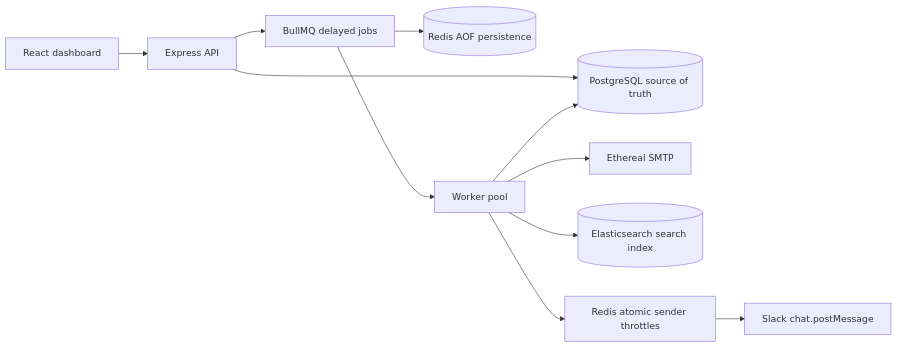
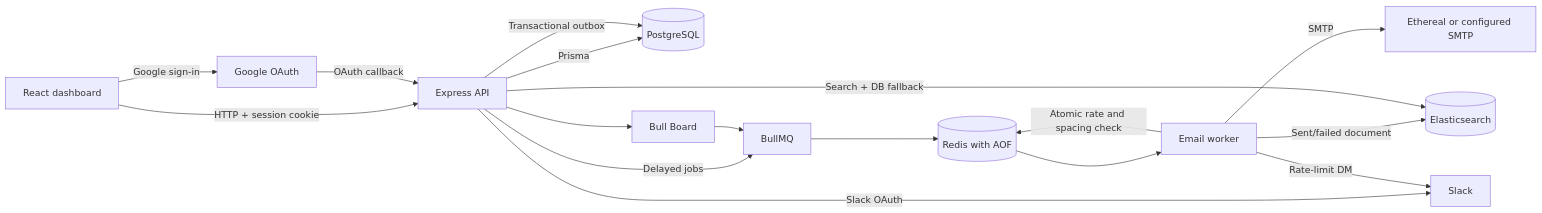
The diagram in README.md (namanmahajan2020/reachinbox-email-scheduler), drawn with Mermaid before and after one commit. The commit also changed other lines of this file and 1 other file, not shown here.

````diff
--- a/README.md
+++ b/README.md
@@ -7,13 +24,19 @@
 ```mermaid
 flowchart LR
-  UI[React dashboard] --> API[Express API]
-  API --> PG[(PostgreSQL source of truth)]
-  API --> Q[BullMQ delayed jobs]
-  Q --> R[(Redis AOF persistence)]
-  Q --> W[Worker pool]
-  W --> SMTP[Ethereal SMTP]
-  W --> PG
-  W --> ES[(Elasticsearch search index)]
-  W --> RL[Redis atomic sender throttles]
-  RL --> Slack[Slack chat.postMessage]
+  Browser[React dashboard] -->|HTTP + session cookie| API[Express API]
+  Browser -->|Google sign-in| Google[Google OAuth]
+  Google -->|OAuth callback| API
+  API -->|Prisma| PG[(PostgreSQL)]
+  API -->|Transactional outbox| PG
+  API -->|Delayed jobs| Queue[BullMQ]
+  Queue --> Redis[(Redis with AOF)]
+  Redis --> Worker[Email worker]
+  Worker -->|Atomic rate and spacing check| Redis
+  Worker -->|SMTP| SMTP[Ethereal or configured SMTP]
+  Worker -->|Sent/failed document| ES[(Elasticsearch)]
+  API -->|Search + DB fallback| ES
+  API -->|Slack OAuth| Slack[Slack]
+  Worker -->|Rate-limit DM| Slack
+  API --> Board[Bull Board]
+  Board --> Queue
 ```
````
